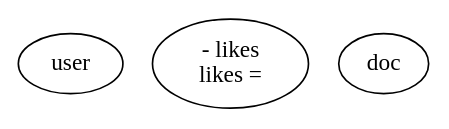
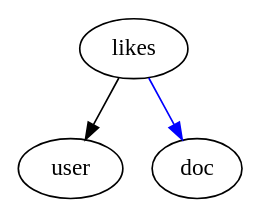
Diagram 24 of 25 in docs/source/supergraph.rst (liqd/adhocracy3), drawn with Graphviz before and after one commit. The commit also changed other lines of this file, not shown here.

```diff
--- a/docs/source/supergraph.rst
+++ b/docs/source/supergraph.rst
@@ -540,3 +545,4 @@
 .. digraph:: graph102
-  user <- likes
-  likes => doc
+
+  likes -> user;
+  likes -> doc [color = blue];
```
